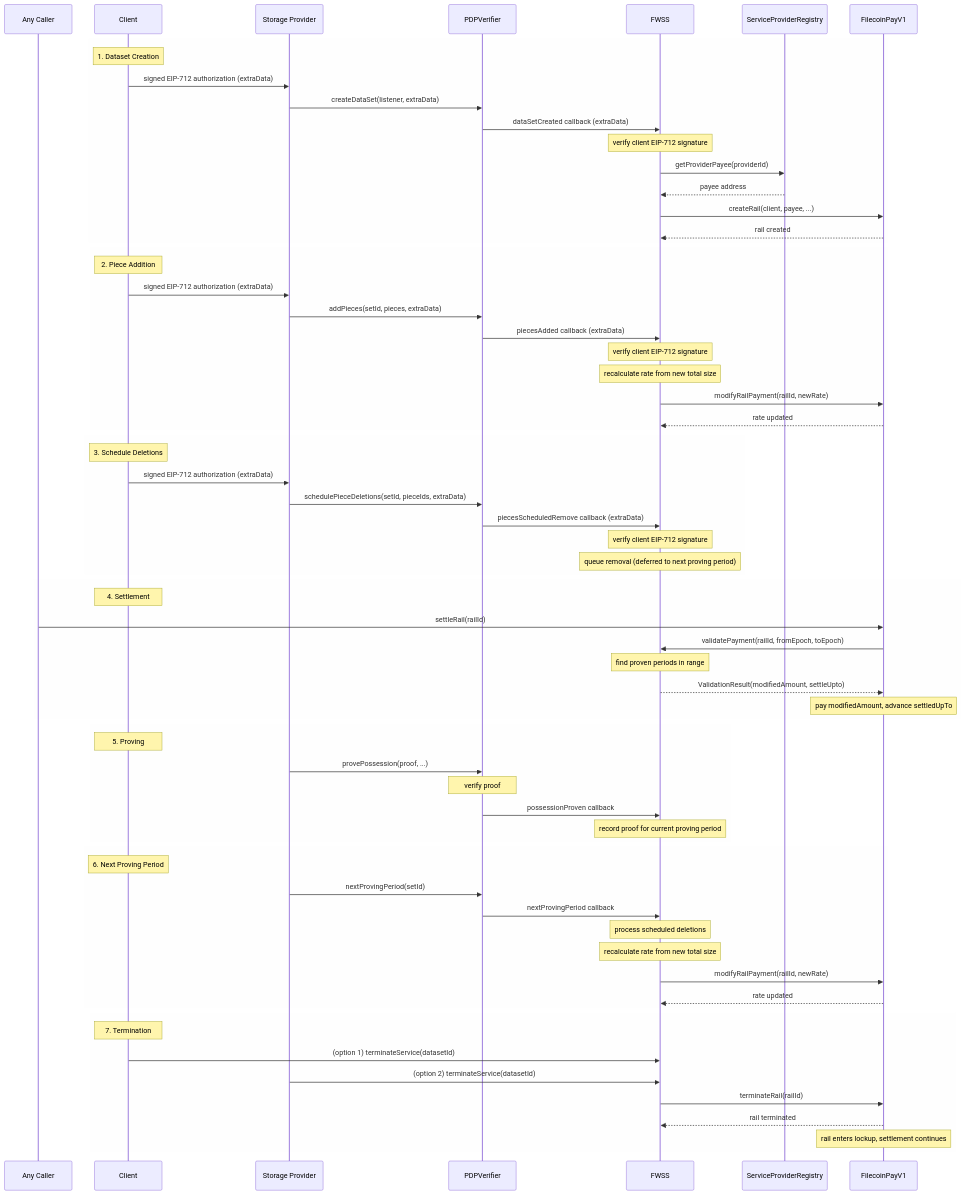
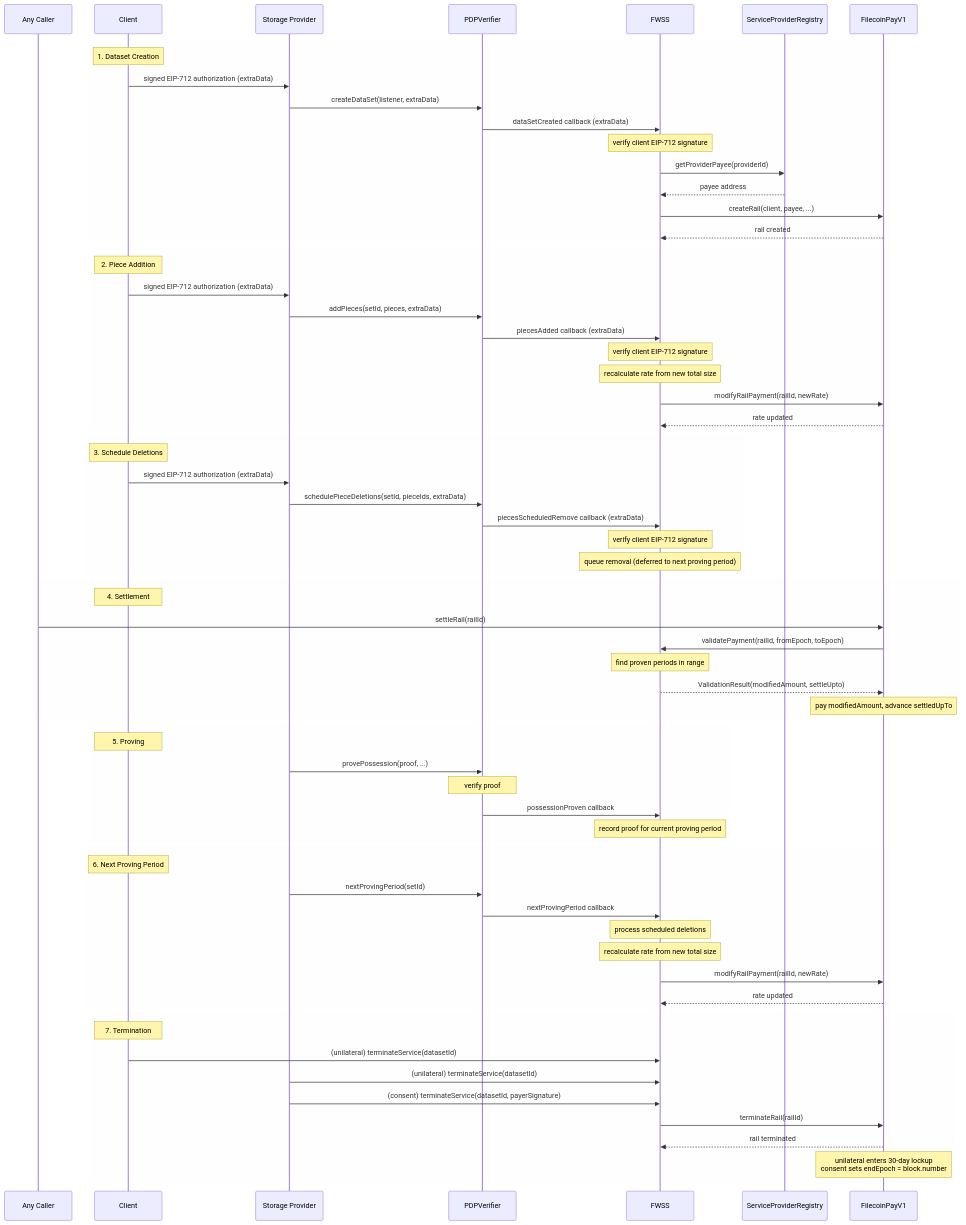
The second of 2 diagrams in SPEC.md (FilOzone/filecoin-services), drawn with Mermaid before and after one commit. The commit also changed other lines of this file and 7 other files, not shown here.

Commit message:
feat(terminateService): immediate termination in the consent case (#506)

````diff
--- a/SPEC.md
+++ b/SPEC.md
@@ -374,78 +380,79 @@
 ```mermaid
 sequenceDiagram
   participant Caller as Any Caller
   participant Client
   participant SP as Storage Provider
   participant PDPVerifier
   participant FWSS
   participant ServiceProviderRegistry
   participant FilecoinPayV1
 
   rect rgba(248, 248, 248, 0.2)
     Note over Client: 1. Dataset Creation
     Client->>SP: signed EIP-712 authorization (extraData)
     SP->>PDPVerifier: createDataSet(listener, extraData)
     PDPVerifier->>FWSS: dataSetCreated callback (extraData)
     Note over FWSS: verify client EIP-712 signature
     FWSS->>ServiceProviderRegistry: getProviderPayee(providerId)
     ServiceProviderRegistry-->>FWSS: payee address
     FWSS->>FilecoinPayV1: createRail(client, payee, ...)
     FilecoinPayV1-->>FWSS: rail created
   end
 
   rect rgba(248, 248, 248, 0.2)
     Note over Client: 2. Piece Addition
     Client->>SP: signed EIP-712 authorization (extraData)
     SP->>PDPVerifier: addPieces(setId, pieces, extraData)
     PDPVerifier->>FWSS: piecesAdded callback (extraData)
     Note over FWSS: verify client EIP-712 signature
     Note over FWSS: recalculate rate from new total size
     FWSS->>FilecoinPayV1: modifyRailPayment(railId, newRate)
     FilecoinPayV1-->>FWSS: rate updated
   end
 
   rect rgba(248, 248, 248, 0.2)
     Note over Client: 3. Schedule Deletions
     Client->>SP: signed EIP-712 authorization (extraData)
     SP->>PDPVerifier: schedulePieceDeletions(setId, pieceIds, extraData)
     PDPVerifier->>FWSS: piecesScheduledRemove callback (extraData)
     Note over FWSS: verify client EIP-712 signature
     Note over FWSS: queue removal (deferred to next proving period)
   end
 
   rect rgba(248, 248, 248, 0.2)
     Note over Client: 4. Settlement
     Caller->>FilecoinPayV1: settleRail(railId)
     FilecoinPayV1->>FWSS: validatePayment(railId, fromEpoch, toEpoch)
     Note over FWSS: find proven periods in range
     FWSS-->>FilecoinPayV1: ValidationResult(modifiedAmount, settleUpto)
     Note over FilecoinPayV1: pay modifiedAmount, advance settledUpTo
   end
 
   rect rgba(248, 248, 248, 0.2)
     Note over Client: 5. Proving
     SP->>PDPVerifier: provePossession(proof, ...)
     Note over PDPVerifier: verify proof
     PDPVerifier->>FWSS: possessionProven callback
     Note over FWSS: record proof for current proving period
   end
 
   rect rgba(248, 248, 248, 0.2)
     Note over Client: 6. Next Proving Period
     SP->>PDPVerifier: nextProvingPeriod(setId)
     PDPVerifier->>FWSS: nextProvingPeriod callback
     Note over FWSS: process scheduled deletions
     Note over FWSS: recalculate rate from new total size
     FWSS->>FilecoinPayV1: modifyRailPayment(railId, newRate)
     FilecoinPayV1-->>FWSS: rate updated
   end
 
   rect rgba(248, 248, 248, 0.2)
     Note over Client: 7. Termination
-    Client->>FWSS: (option 1) terminateService(datasetId)
-    SP->>FWSS: (option 2) terminateService(datasetId)
+    Client->>FWSS: (unilateral) terminateService(datasetId)
+    SP->>FWSS: (unilateral) terminateService(datasetId)
+    SP->>FWSS: (consent) terminateService(datasetId, payerSignature)
     FWSS->>FilecoinPayV1: terminateRail(railId)
     FilecoinPayV1-->>FWSS: rail terminated
-    Note over FilecoinPayV1: rail enters lockup, settlement continues
+    Note over FilecoinPayV1: unilateral enters 30-day lockup<br/>consent sets endEpoch = block.number
   end
 ```
````
